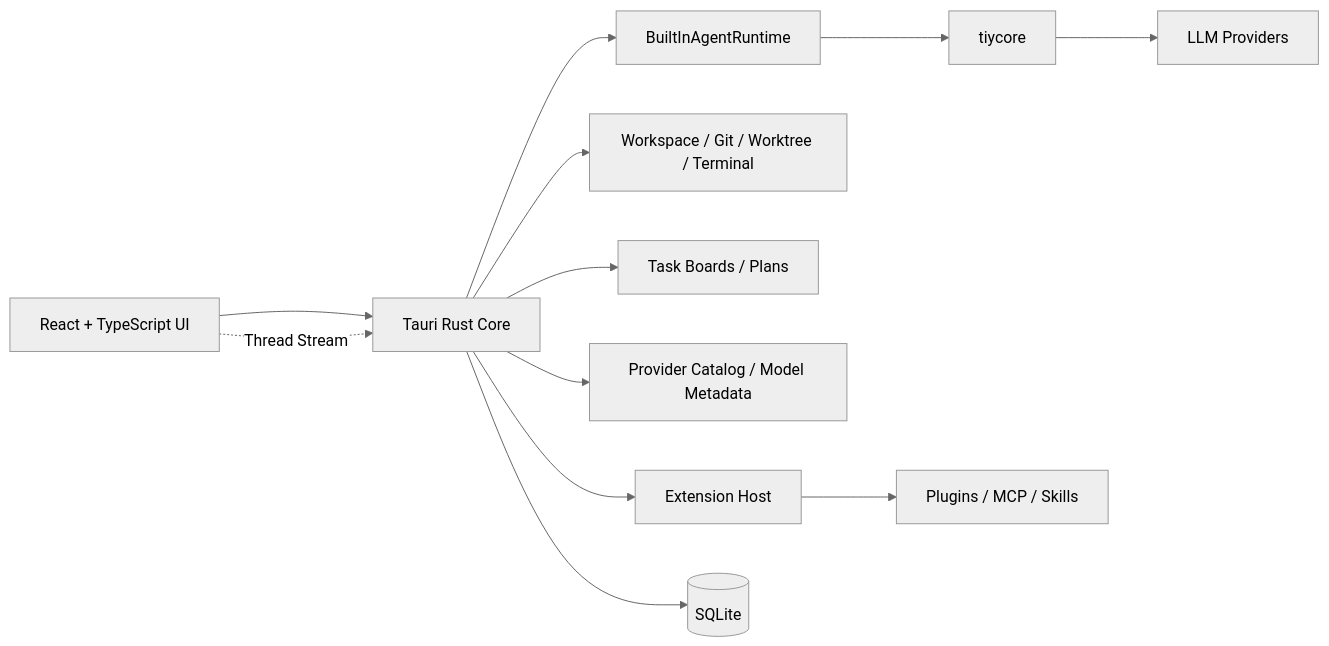
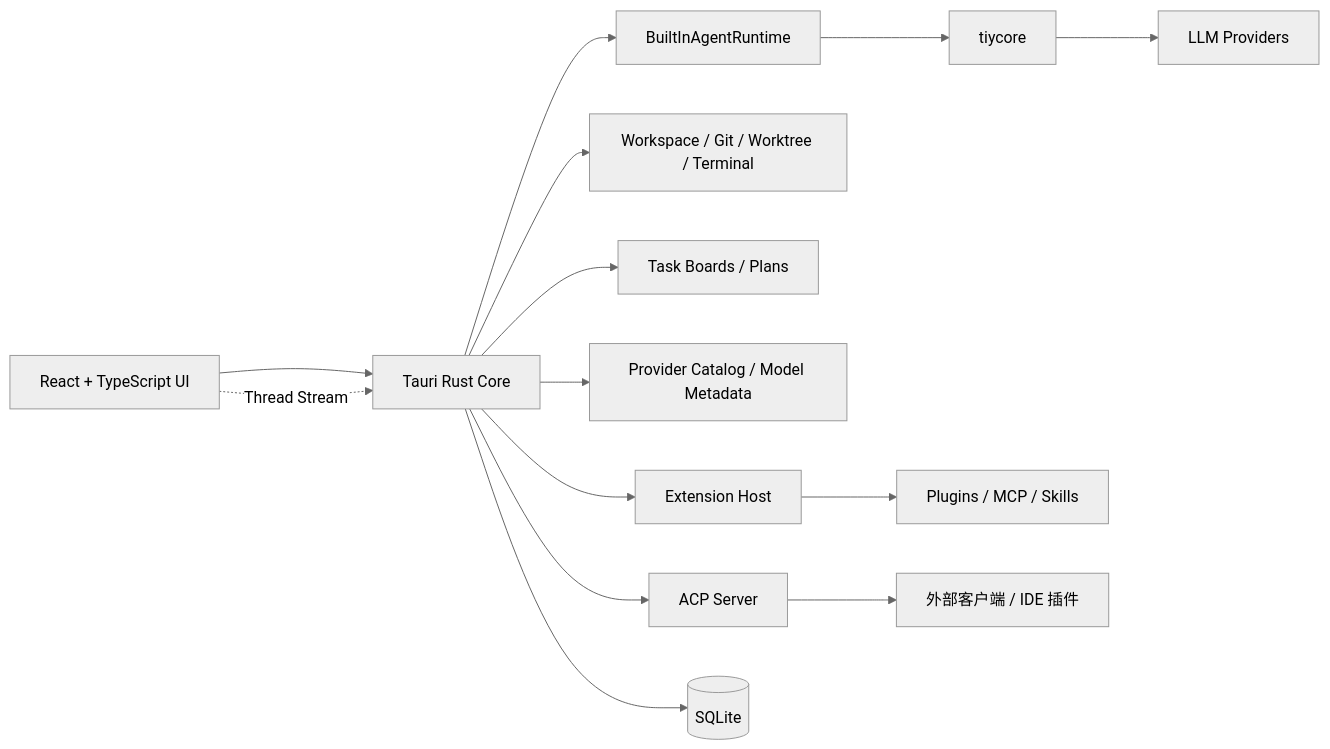
One commit to TiyAgents/tiycode changed the diagram in README_zh.md. Above: the diagram before and after it, drawn with Mermaid (neutral theme). The commit also changed other lines of this file and 26 other files, not shown here.

First line of the commit message:
feat(acp): ✨ Add ACP server support (#214)

````diff
--- a/README_zh.md
+++ b/README_zh.md
@@ -233,14 +234,16 @@
 ```mermaid
 flowchart LR
   UI[React + TypeScript UI] --> TAURI[Tauri Rust Core]
   TAURI --> RUNTIME[BuiltInAgentRuntime]
   RUNTIME --> CORE[tiycore]
   TAURI --> TOOLS[Workspace / Git / Worktree / Terminal]
   TAURI --> TASKS[Task Boards / Plans]
   TAURI --> CATALOG[Provider Catalog / Model Metadata]
   TAURI --> EXT[Extension Host]
   EXT --> PLUGINS[Plugins / MCP / Skills]
+  TAURI --> ACP[ACP Server]
+  ACP --> CLIENT[外部客户端 / IDE 插件]
   CORE --> LLM[LLM Providers]
   TAURI --> DB[(SQLite)]
   UI -.->|Thread Stream| TAURI
 ```
````
